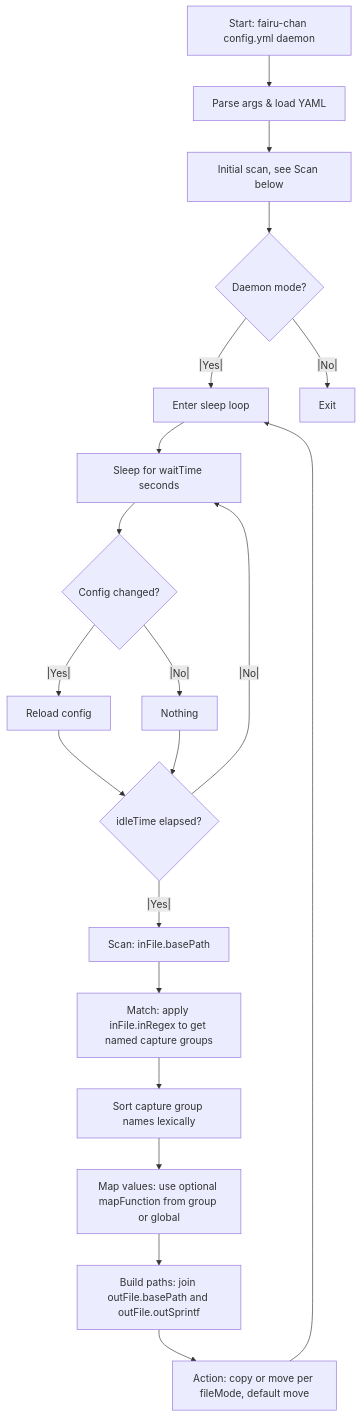
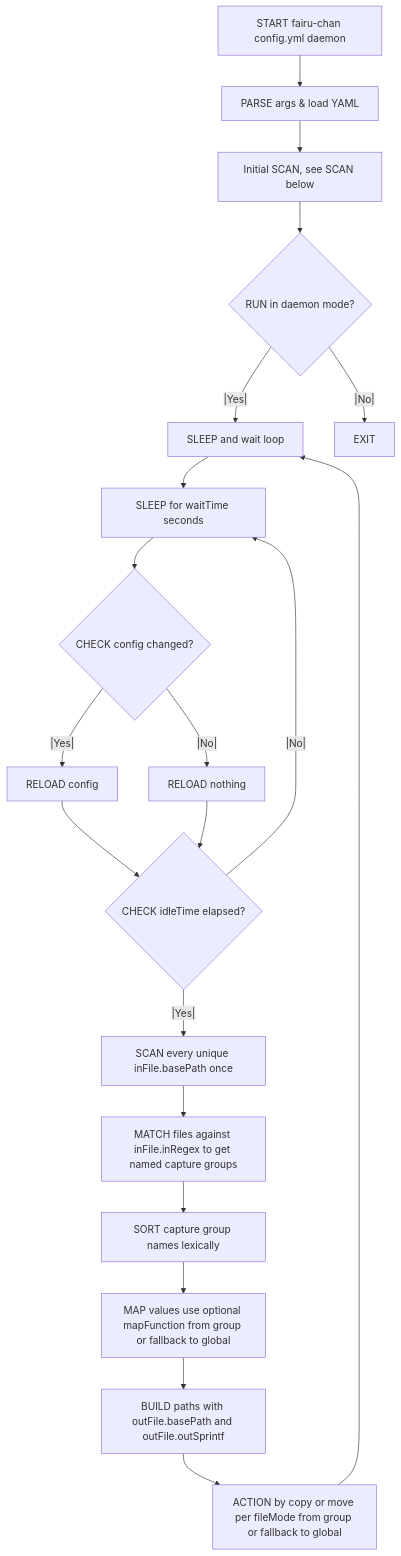
Before and after one commit to justinnamilee/fairu-chan: the diagram in README.md, drawn with Mermaid.

Commit message:
do some clean up in mermaid diagram

````diff
--- a/README.md
+++ b/README.md
@@ -37,25 +37,25 @@
 ```mermaid
 
 graph TD
-  A[Start: fairu-chan config.yml daemon] --> B[Parse args & load YAML]
-  B --> C[Initial scan, see Scan below]
-  C --> D{Daemon mode?}
-  D --|Yes|--> E[Enter sleep loop]
-  D --|No|--> F[Exit]
-  E --> G[Sleep for waitTime seconds]
-  G --> H{Config changed?}
-  H --|Yes|--> I[Reload config]
-  H --|No|--> J[Nothing]
-  I --> K{idleTime elapsed?}
+  A[START fairu-chan config.yml daemon] --> B[PARSE args & load YAML]
+  B --> C[Initial SCAN, see SCAN below]
+  C --> D{RUN in daemon mode?}
+  D --|Yes|--> E[SLEEP and wait loop]
+  D --|No|--> F[EXIT]
+  E --> G[SLEEP for waitTime seconds]
+  G --> H{CHECK config changed?}
+  H --|Yes|--> I[RELOAD config]
+  H --|No|--> J[RELOAD nothing]
+  I --> K{CHECK idleTime elapsed?}
   J --> K
   K --|No|--> G
-  K --|Yes|--> L[Scan: inFile.basePath]
-  L --> M[Match: apply inFile.inRegex to get named capture groups]
-  M --> N[Sort capture group names lexically]
-  N --> O[Map values: use optional mapFunction from group or global]
-  O --> P[Build paths: join outFile.basePath and outFile.outSprintf]
-  P --> Q[Action: copy or move per fileMode, default move]
+  K --|Yes|--> L[SCAN every unique inFile.basePath once]
+  L --> M[MATCH files against inFile.inRegex to get named capture groups]
+  M --> N[SORT capture group names lexically]
+  N --> O[MAP values use optional mapFunction from group or fallback to global]
+  O --> P[BUILD paths with outFile.basePath and outFile.outSprintf]
+  P --> Q[ACTION by copy or move per fileMode from group or fallback to global]
   Q --> E
 
 
 ```
````
